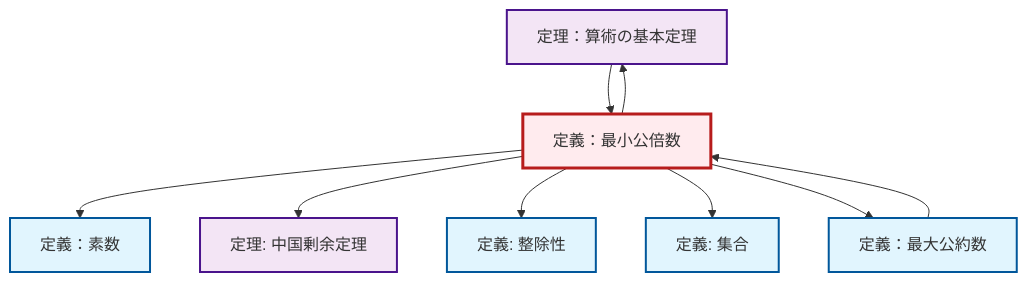
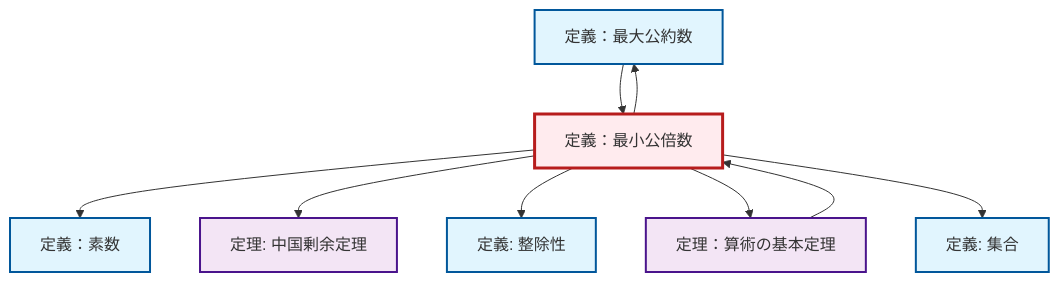
One commit to RK0429/ModernMath changed the diagram in output/mermaid/ja/def-lcm.mermaid. Above: the diagram before and after it, drawn with Mermaid. The commit also changed other lines of this file and 3101 other files, not shown here.

```diff
--- a/output/mermaid/ja/def-lcm.mermaid
+++ b/output/mermaid/ja/def-lcm.mermaid
@@ -1,23 +1,23 @@
 %%| fig-cap: "Local dependency graph"
 graph TD
     classDef definition fill:#e1f5fe,stroke:#01579b,stroke-width:2px
     classDef theorem fill:#f3e5f5,stroke:#4a148c,stroke-width:2px
     classDef axiom fill:#fff3e0,stroke:#e65100,stroke-width:2px
     classDef example fill:#e8f5e9,stroke:#1b5e20,stroke-width:2px
     classDef current fill:#ffebee,stroke:#b71c1c,stroke-width:3px
+    def-prime["定義：素数"]:::definition
+    def-gcd["定義：最大公約数"]:::definition
+    def-set["定義: 集合"]:::definition
+    thm-chinese-remainder["定理: 中国剰余定理"]:::theorem
     thm-fundamental-arithmetic["定理：算術の基本定理"]:::theorem
     def-lcm["定義：最小公倍数"]:::definition
     def-divisibility["定義: 整除性"]:::definition
-    thm-chinese-remainder["定理: 中国剰余定理"]:::theorem
-    def-prime["定義：素数"]:::definition
-    def-gcd["定義：最大公約数"]:::definition
-    def-set["定義: 集合"]:::definition
     def-lcm --> def-prime
     def-lcm --> thm-chinese-remainder
+    def-lcm --> def-divisibility
+    def-lcm --> thm-fundamental-arithmetic
+    def-lcm --> def-gcd
+    def-lcm --> def-set
+    thm-fundamental-arithmetic --> def-lcm
     def-gcd --> def-lcm
-    def-lcm --> def-divisibility
-    def-lcm --> def-set
-    def-lcm --> def-gcd
-    thm-fundamental-arithmetic --> def-lcm
-    def-lcm --> thm-fundamental-arithmetic
     class def-lcm current
```
